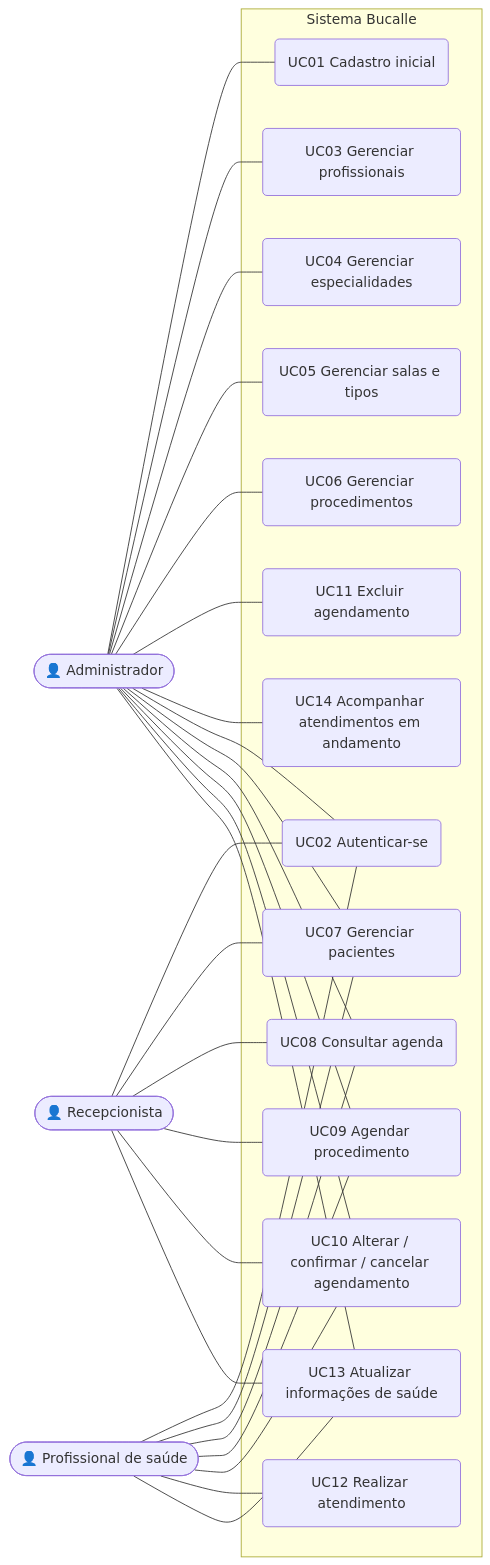
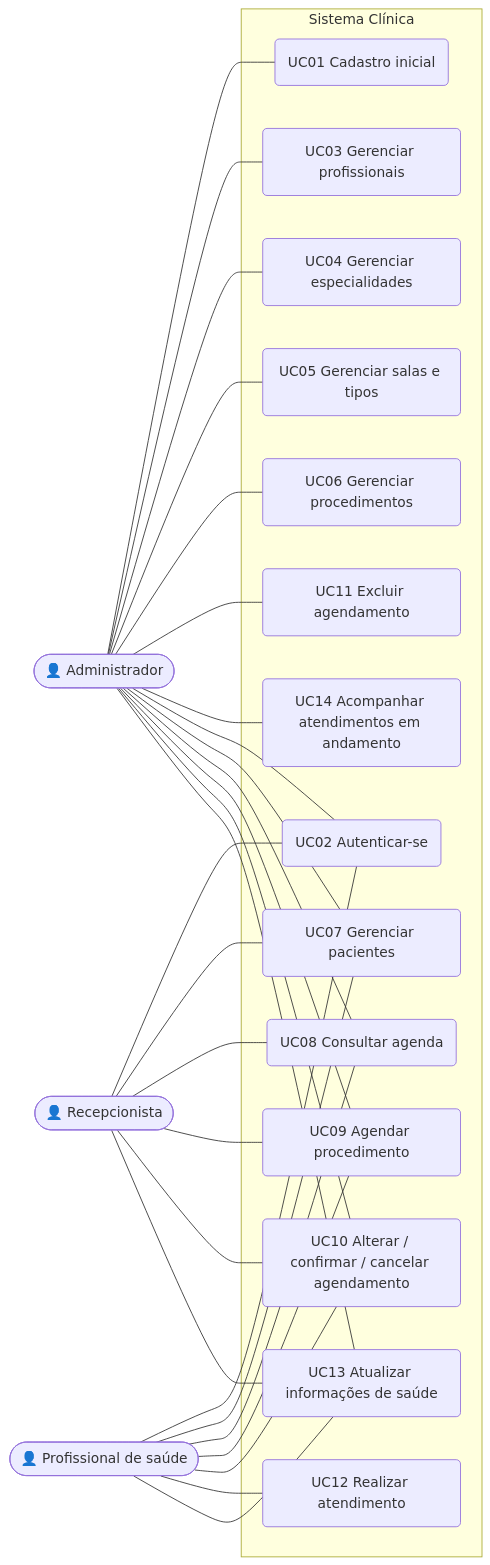
Before and after one commit to JorgeKloster/sistema_clinica: the second of 6 diagrams in README.md, drawn with Mermaid. The commit also changed other lines of this file, not shown here.

````diff
--- a/README.md
+++ b/README.md
@@ -313,28 +313,28 @@
 ```mermaid
 flowchart LR
     ADM([👤 Administrador])
     PRO([👤 Profissional de saúde])
     REC([👤 Recepcionista])
 
-    subgraph Sistema["Sistema Bucalle"]
+    subgraph Sistema["Sistema Clínica"]
         UC01(UC01 Cadastro inicial)
         UC02(UC02 Autenticar-se)
         UC03(UC03 Gerenciar profissionais)
         UC04(UC04 Gerenciar especialidades)
         UC05(UC05 Gerenciar salas e tipos)
         UC06(UC06 Gerenciar procedimentos)
         UC07(UC07 Gerenciar pacientes)
         UC08(UC08 Consultar agenda)
         UC09(UC09 Agendar procedimento)
         UC10(UC10 Alterar / confirmar / cancelar agendamento)
         UC11(UC11 Excluir agendamento)
         UC12(UC12 Realizar atendimento)
         UC13(UC13 Atualizar informações de saúde)
         UC14(UC14 Acompanhar atendimentos em andamento)
     end
 
     ADM --- UC01 & UC03 & UC04 & UC05 & UC06 & UC11 & UC14
     ADM --- UC02 & UC07 & UC08 & UC09 & UC10 & UC13
     REC --- UC02 & UC07 & UC08 & UC09 & UC10 & UC13
     PRO --- UC02 & UC07 & UC08 & UC09 & UC10 & UC12 & UC13
 ```
````
